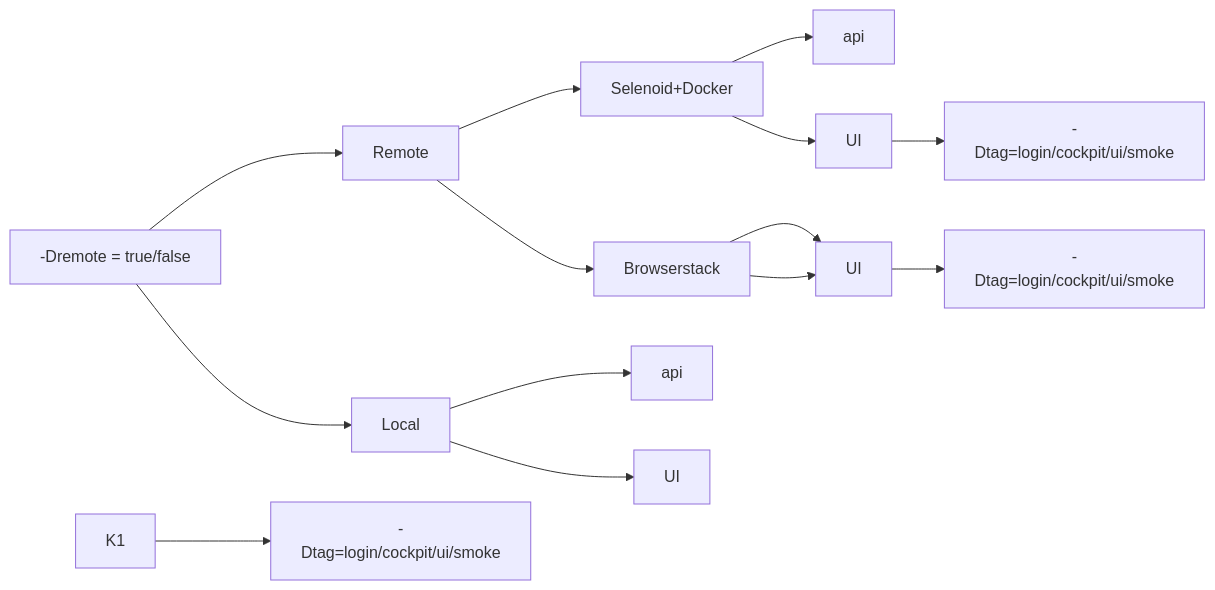
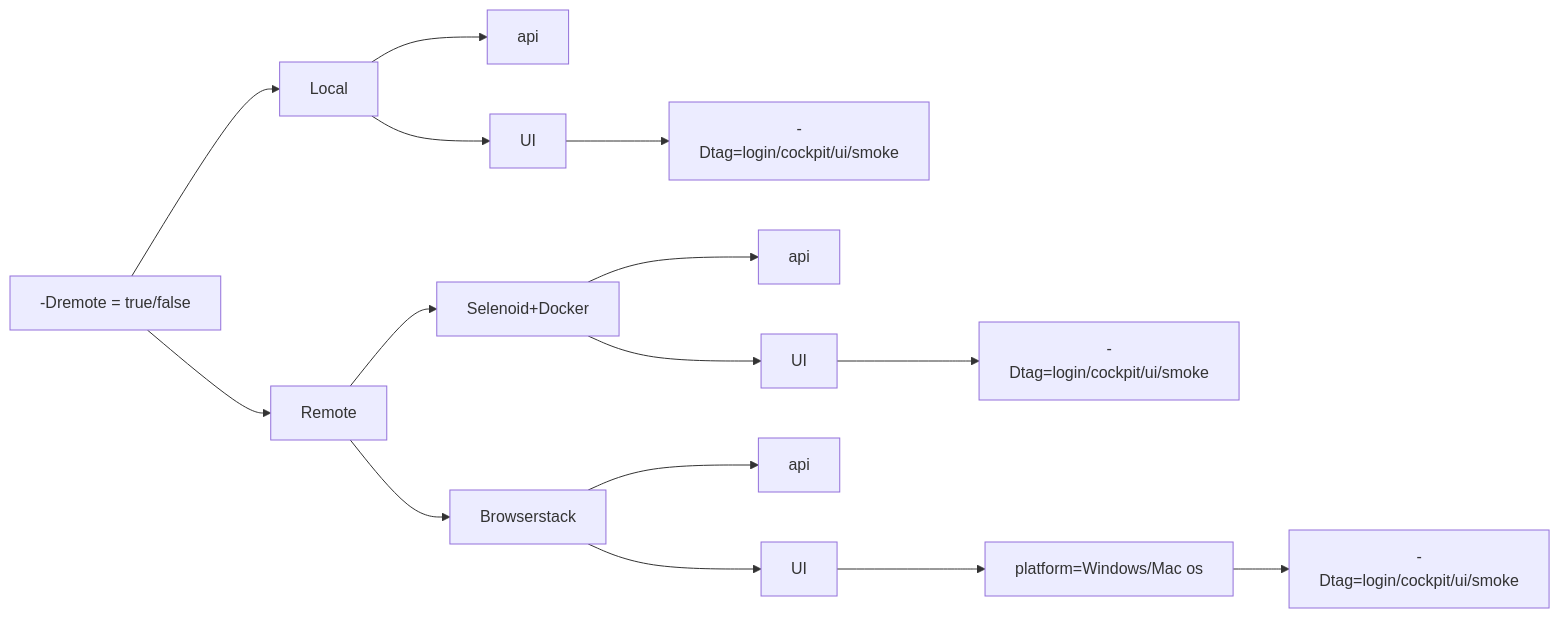
The second of 2 diagrams in README.md (berezovskievgenisergeevich/oui-webapp), drawn with Mermaid before and after one commit.

````diff
--- a/README.md
+++ b/README.md
@@ -118,17 +118,18 @@
 ```mermaid
 graph LR
 A[-Dremote = true/false] --> B[Local]
 A --> C[Remote]
 C --> C_1[Selenoid+Docker]
 C --> C_2[Browserstack]
 B --> K[api]
 B --> K_1[UI]
-K1 --> E[-Dtag=login/cockpit/ui/smoke]
+K_1 --> E[-Dtag=login/cockpit/ui/smoke]
 C_1 --> CK_1[api]
 C_1 --> CK_2[UI]
 CK_2 --> E_2[-Dtag=login/cockpit/ui/smoke]
-C_2 --> K_3[api]
-C_2 --> K_3[UI]
-K_3 --> E_3[-Dtag=login/cockpit/ui/smoke]
+C_2 --> CK_3[api]
+C_2 --> CK_4[UI]
+CK_4 --> D[platform=Windows/Mac os]
+D --> E_3[-Dtag=login/cockpit/ui/smoke]
 
 ```
````
